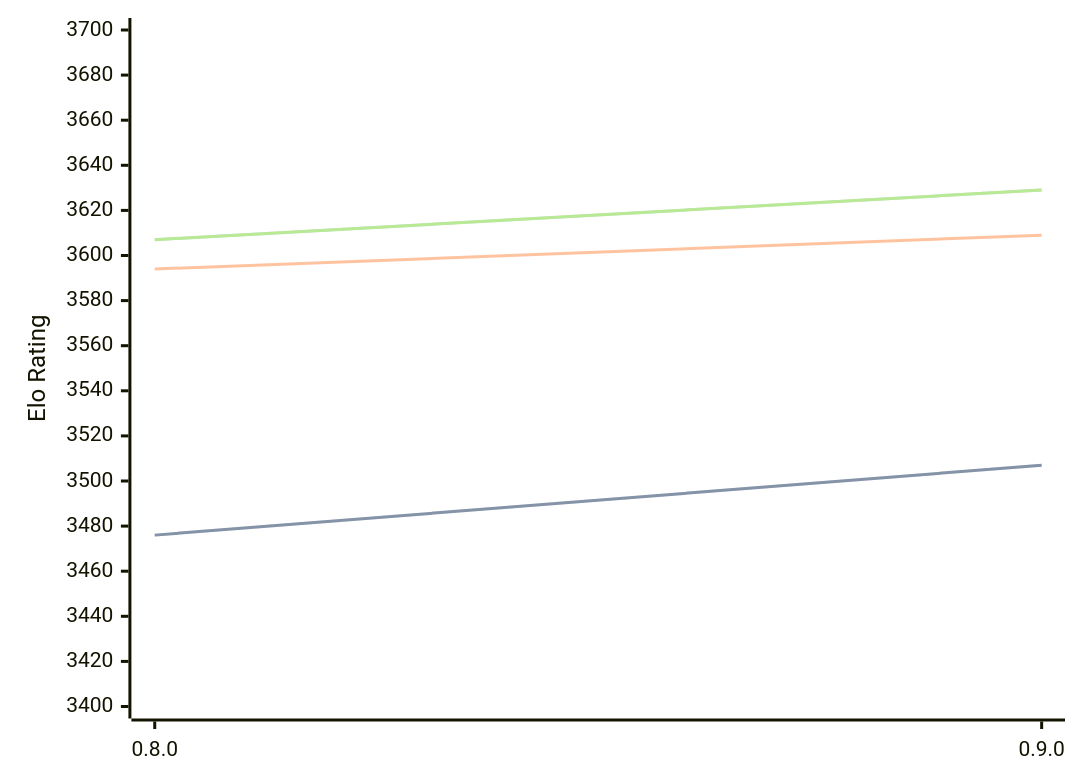
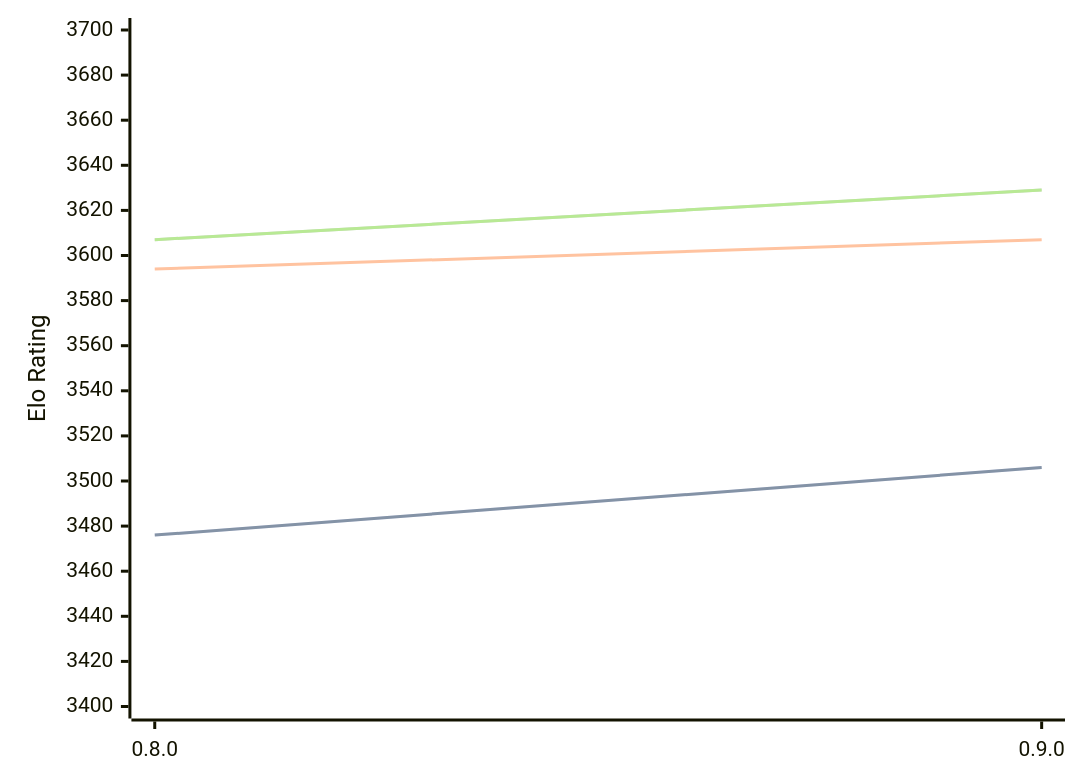
Before and after one commit to computer-chess-index/cci: the diagram in engines/Reckless.md, drawn with Mermaid. The commit also changed other lines of this file, not shown here.

Commit message:
Update CCI Ratings (ELO VLTC) - 2026-03-17

````diff
--- a/engines/Reckless.md
+++ b/engines/Reckless.md
@@ -37,11 +37,11 @@
 ```mermaid
 %%{init: {"theme":"base","themeVariables":{"seriesColors:['#a3a3a3','#222221','#faa371']}}}%%
 xychart-beta
   x-axis ["0.8.0", "0.9.0"]
   y-axis "Elo Rating" 3400 --> 3700
-  line "STC (8.0+0.08s)" [3476, 3507]
-  line "STC (8.0+0.08s)" [3476, 3507]
-  line "LTC (60.0+0.60s)" [3594, 3609]
+  line "STC (8.0+0.08s)" [3476, 3506]
+  line "STC (8.0+0.08s)" [3476, 3506]
+  line "LTC (60.0+0.60s)" [3594, 3607]
   line "VLTC (2m24s+1.12s)" [3607, 3629]
   line "VLTC (2m24s+1.12s)" [3607, 3629]
 ```
````
